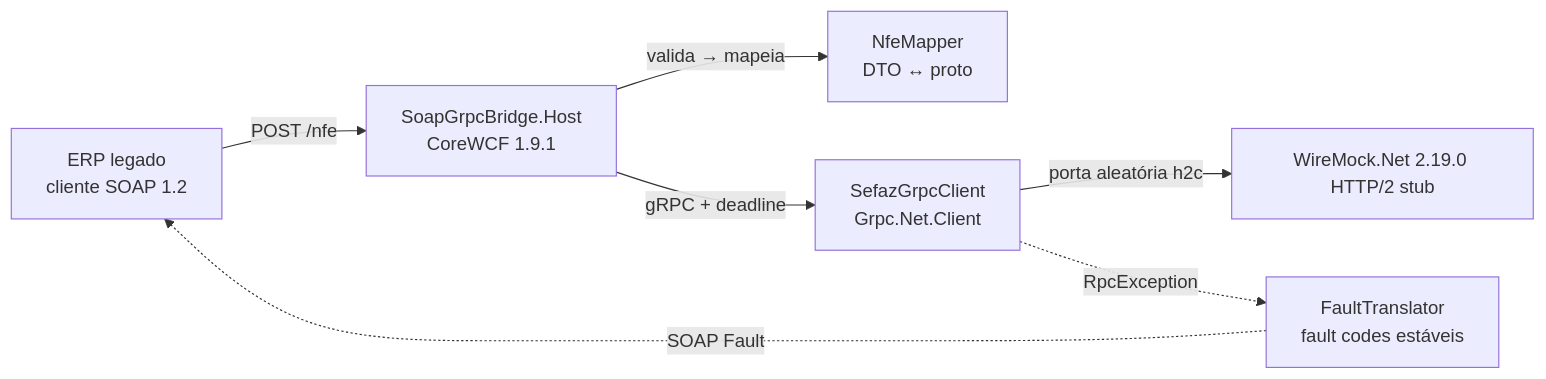
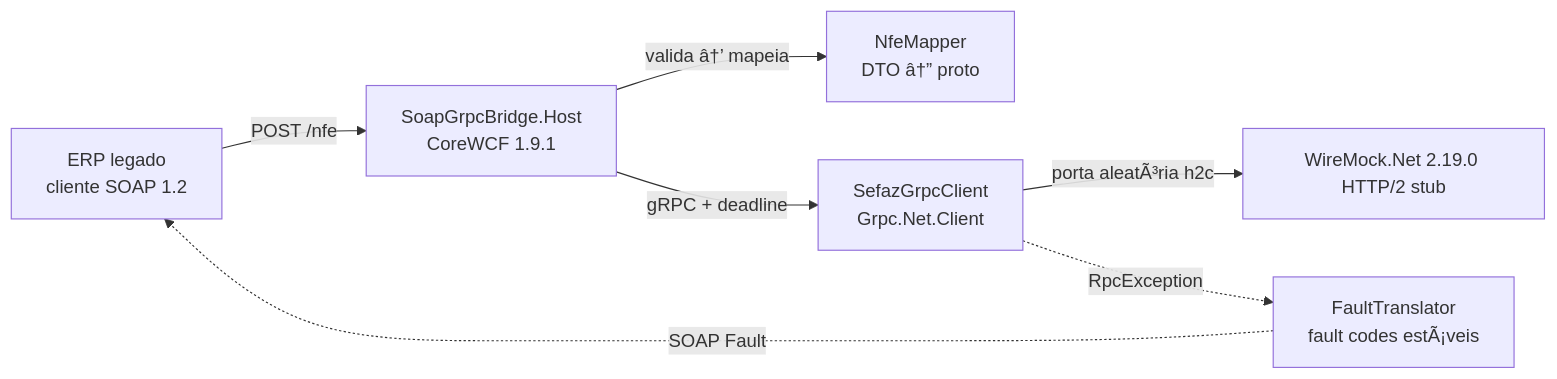
The diagram in README.md (TiagoR85/soap-grpc-bridge), drawn with Mermaid before and after one commit. The commit also changed other lines of this file and 5 other files, not shown here.

````diff
--- a/README.md
+++ b/README.md
@@ -9,9 +9,9 @@
 ```mermaid
 graph LR
     erp[ERP legado<br/>cliente SOAP 1.2] -->|POST /nfe| host[SoapGrpcBridge.Host<br/>CoreWCF 1.9.1]
-    host -->|valida → mapeia| mapper[NfeMapper<br/>DTO ↔ proto]
+    host -->|valida â†’ mapeia| mapper[NfeMapper<br/>DTO â†” proto]
     host -->|gRPC + deadline| grpc[SefazGrpcClient<br/>Grpc.Net.Client]
-    grpc -->|porta aleatória h2c| stub[WireMock.Net 2.19.0 HTTP/2 stub]
-    grpc -.->|RpcException| faults[FaultTranslator<br/>fault codes estáveis]
+    grpc -->|porta aleatÃ³ria h2c| stub[WireMock.Net 2.19.0 HTTP/2 stub]
+    grpc -.->|RpcException| faults[FaultTranslator<br/>fault codes estÃ¡veis]
     faults -.->|SOAP Fault| erp
 ```
````
